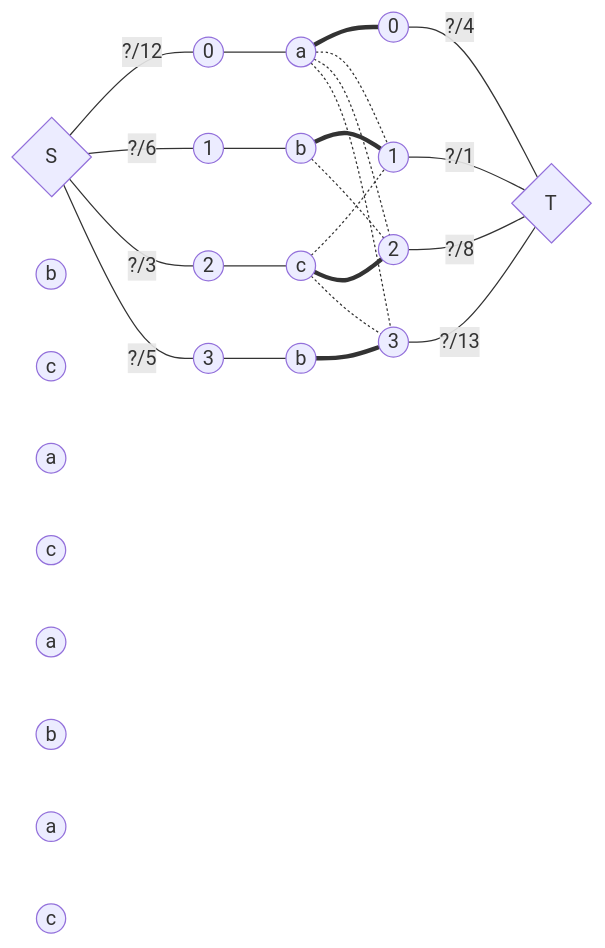
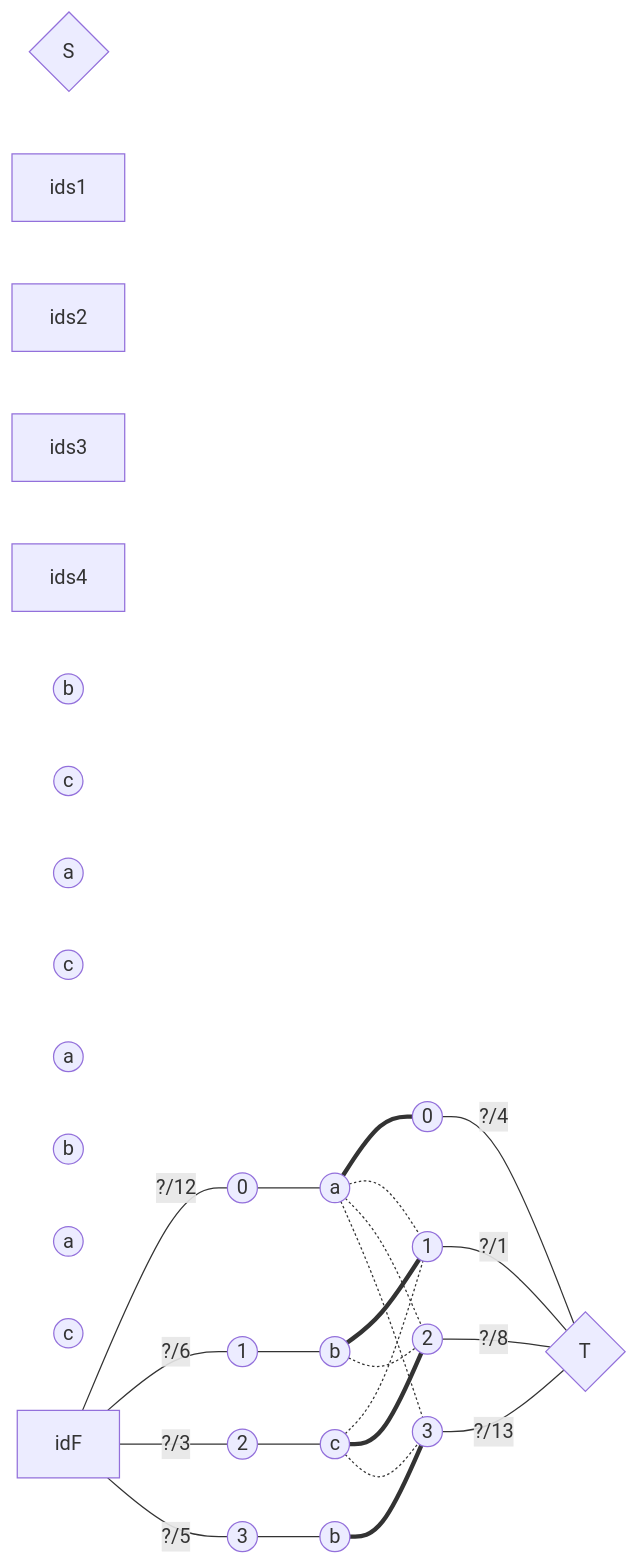
Before and after one commit to bfeitknecht/vault: the third of 3 diagrams in sem2/AuW/UE/cx/bf/cx12-great-harvest.md, drawn with Mermaid.

Commit message:
backup: 2024-07-02 01:56:42 from MacBook Pro (echo)
Affected files:
sem2/AuW/UE/cx/bf/cx12-great-harvest.md

````diff
--- a/sem2/AuW/UE/cx/bf/cx12-great-harvest.md
+++ b/sem2/AuW/UE/cx/bf/cx12-great-harvest.md
@@ -80,63 +80,68 @@
 ```mermaid
 flowchart LR
 
-idF{"S"}
+idS{"S"}
 idT{"T"}
+
+ids1
+ids2
+ids3
+ids4
 
 %% from
 idf0((0))
 idf1((1))
 idf2((2))
 idf3((3))
 
 %% to
 idt0((0))
 idt1((1))
 idt2((2))
 idt3((3))
   
 
 %% variety
 id0a((a))
 id0b((b))
 id0c((c))
 
 id1a((a))
 id1b((b))
 id1c((c))
 
 id2a((a))
 id2b((b))
 id2c((c))
 
 id3a((a))
 id3b((b))
 id3c((c))
   
 
 %%%%%%%%%%%%%%%%%%%%%%%%%%%%%%%%%%%%%%%%%%%%
 
 
 idF ---|"?/12"| idf0
 idF ---|"?/6"| idf1
 idF ---|"?/3"| idf2
 idF ---|"?/5"| idf3
 
 idt0 ---|"?/4"| idT
 idt1 ---|"?/1"| idT
 idt2 ---|"?/8"| idT
 idt3 ---|"?/13"| idT
 
 idf0 --- id0a === idt0
 id0a -.- idt1
 idf1 --- id1b === idt1
 id2c -.- idt1
 
 id0a -.- idt2
 id1b -.- idt2
 idf2 --- id2c === idt2
 
 id0a -.- idt3
 idf3 --- id3b === idt3
 id2c -.- idt3
 ```
````
